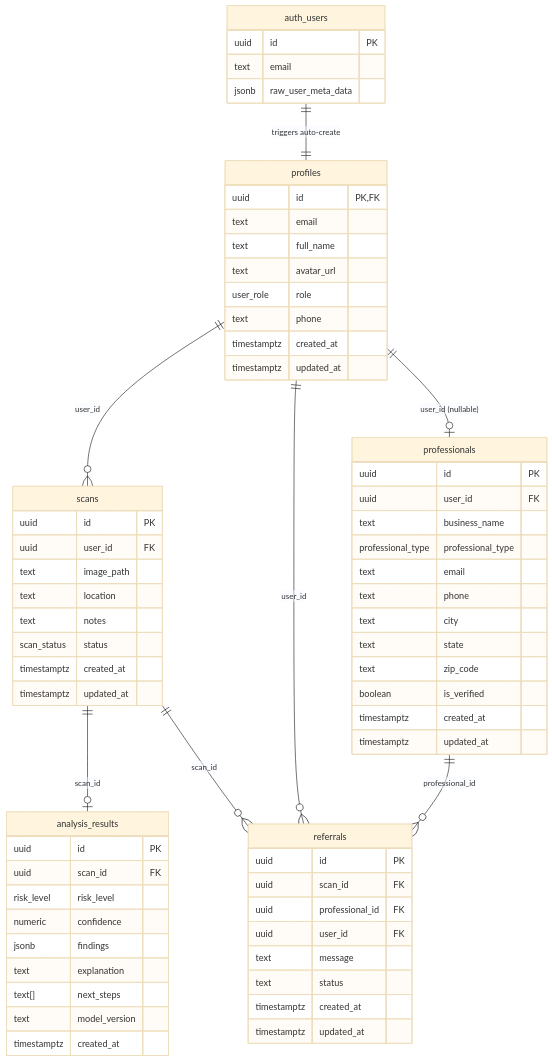
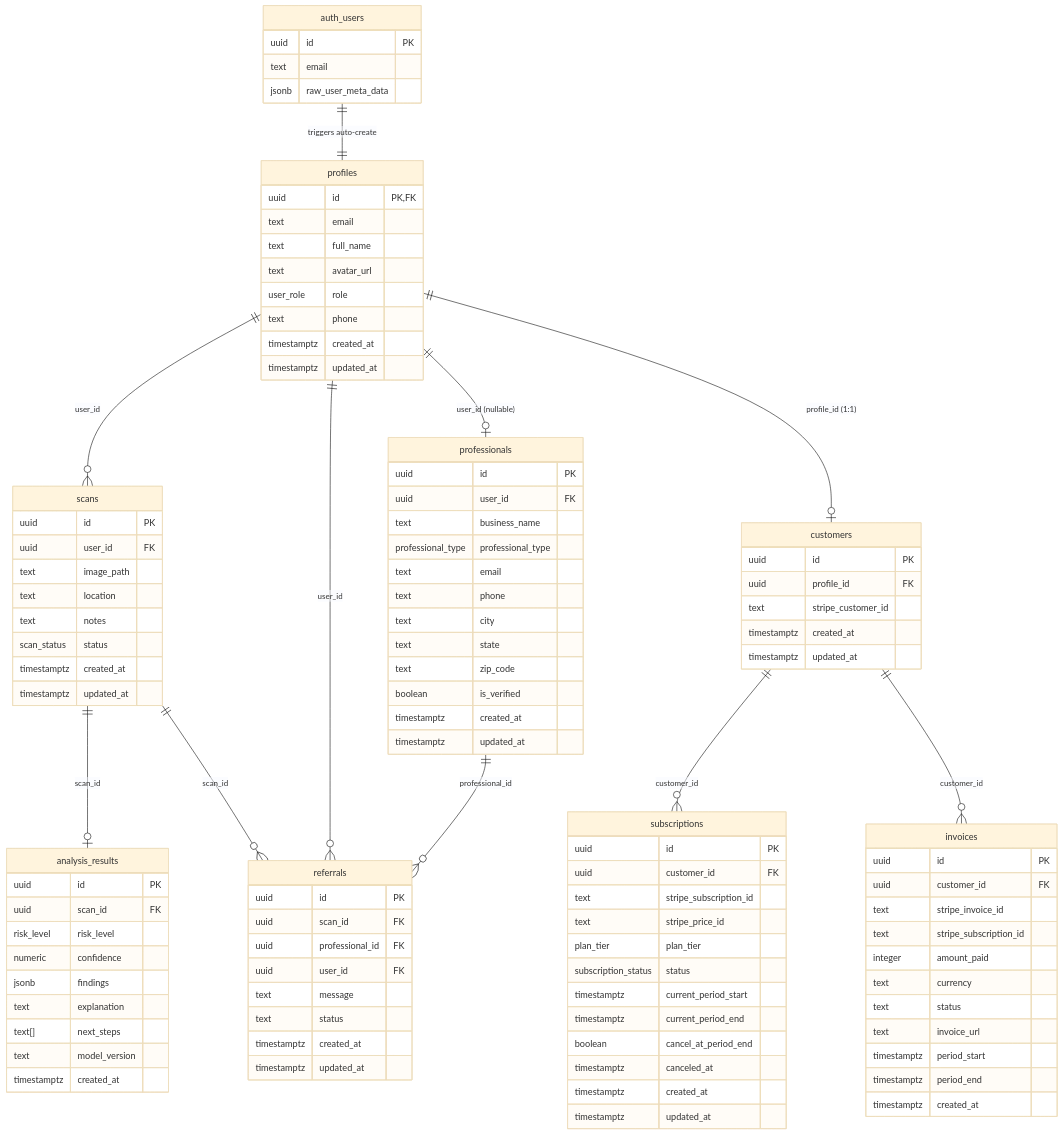
Before and after one commit to NicolePetitt12/HomeHealthAI: the diagram in documentation/database.md, drawn with Mermaid (base theme). The commit also changed other lines of this file and 39 other files, not shown here.

````diff
--- a/documentation/database.md
+++ b/documentation/database.md
@@ -72,6 +72,43 @@
         timestamptz updated_at
     }
 
+    customers {
+        uuid id PK
+        uuid profile_id FK
+        text stripe_customer_id
+        timestamptz created_at
+        timestamptz updated_at
+    }
+
+    subscriptions {
+        uuid id PK
+        uuid customer_id FK
+        text stripe_subscription_id
+        text stripe_price_id
+        plan_tier plan_tier
+        subscription_status status
+        timestamptz current_period_start
+        timestamptz current_period_end
+        boolean cancel_at_period_end
+        timestamptz canceled_at
+        timestamptz created_at
+        timestamptz updated_at
+    }
+
+    invoices {
+        uuid id PK
+        uuid customer_id FK
+        text stripe_invoice_id
+        text stripe_subscription_id
+        integer amount_paid
+        text currency
+        text status
+        text invoice_url
+        timestamptz period_start
+        timestamptz period_end
+        timestamptz created_at
+    }
+
     auth_users ||--|| profiles : "triggers auto-create"
     profiles ||--o{ scans : "user_id"
     scans ||--o| analysis_results : "scan_id"
@@ -79,4 +116,7 @@
     professionals ||--o{ referrals : "professional_id"
     scans ||--o{ referrals : "scan_id"
     profiles ||--o| professionals : "user_id (nullable)"
+    profiles ||--o| customers : "profile_id (1:1)"
+    customers ||--o{ subscriptions : "customer_id"
+    customers ||--o{ invoices : "customer_id"
 ```
````
